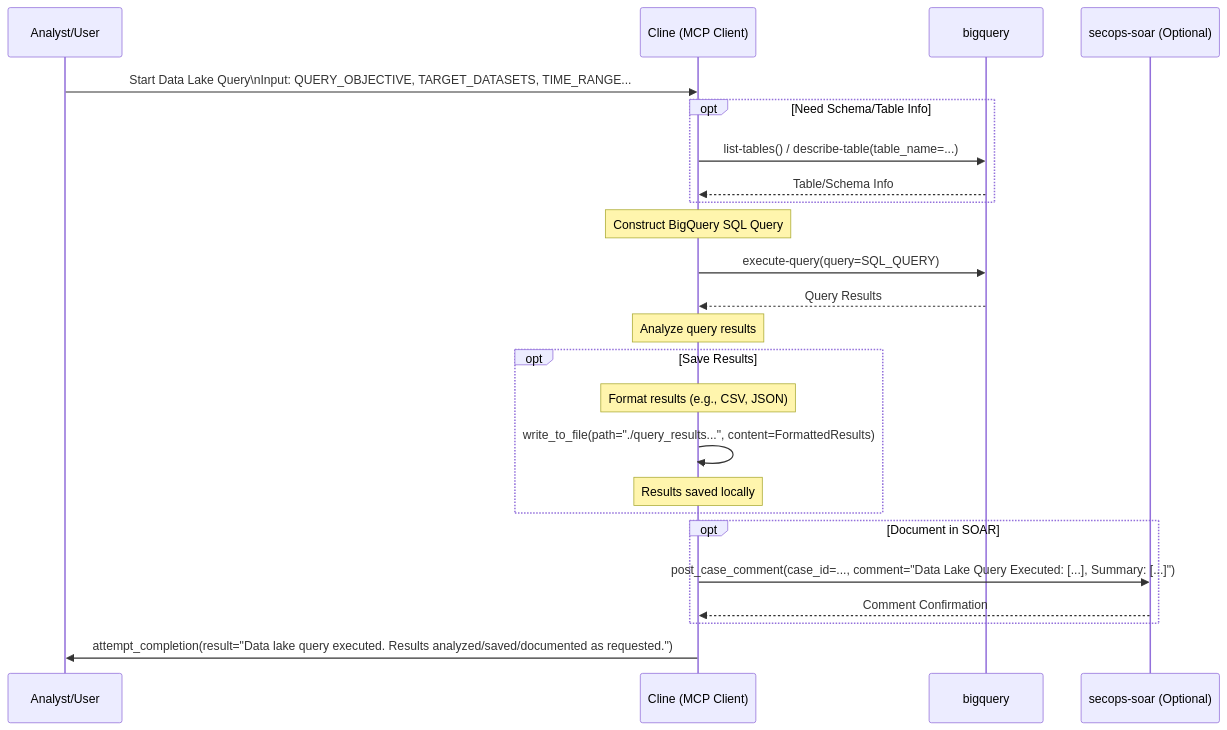
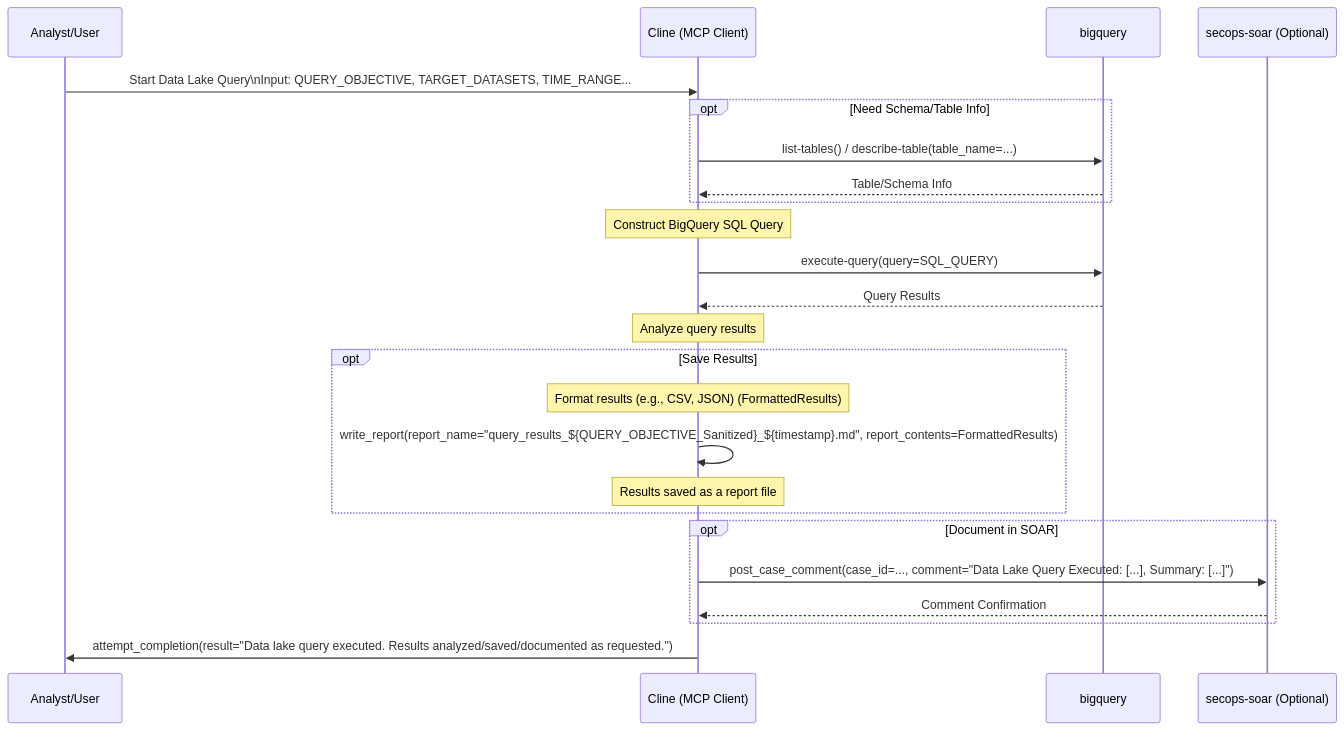
The diagram in rules-bank/run_books/data_lake_queries.md (dandye/adk_runbooks), drawn with Mermaid before and after one commit. The commit also changed other lines of this file and 18 other files, not shown here.

Commit message:
write_to_file -> write_report

````diff
--- a/rules-bank/run_books/data_lake_queries.md
+++ b/rules-bank/run_books/data_lake_queries.md
@@ -34,39 +34,39 @@
 ```{mermaid}
 sequenceDiagram
     participant Analyst/User
     participant Cline as Cline (MCP Client)
     participant BigQuery as bigquery
     participant SOAR as secops-soar (Optional)
 
     Analyst/User->>Cline: Start Data Lake Query\nInput: QUERY_OBJECTIVE, TARGET_DATASETS, TIME_RANGE...
 
     %% Step 1: Define Query
     opt Need Schema/Table Info
         Cline->>BigQuery: list-tables() / describe-table(table_name=...)
         BigQuery-->>Cline: Table/Schema Info
     end
     Note over Cline: Construct BigQuery SQL Query
 
     %% Step 2: Execute Query
     Cline->>BigQuery: execute-query(query=SQL_QUERY)
     BigQuery-->>Cline: Query Results
 
     %% Step 3: Analyze Results
     Note over Cline: Analyze query results
 
     %% Step 4: Format/Save Results (Optional)
     opt Save Results
-        Note over Cline: Format results (e.g., CSV, JSON)
-        Cline->>Cline: write_to_file(path="./query_results...", content=FormattedResults)
-        Note over Cline: Results saved locally
+        Note over Cline: Format results (e.g., CSV, JSON) (FormattedResults)
+        Cline->>Cline: write_report(report_name="query_results_${QUERY_OBJECTIVE_Sanitized}_${timestamp}.md", report_contents=FormattedResults)
+        Note over Cline: Results saved as a report file
     end
 
     %% Step 5: Document (Optional)
     opt Document in SOAR
         Cline->>SOAR: post_case_comment(case_id=..., comment="Data Lake Query Executed: [...], Summary: [...]")
         SOAR-->>Cline: Comment Confirmation
     end
 
     Cline->>Analyst/User: attempt_completion(result="Data lake query executed. Results analyzed/saved/documented as requested.")
 
 ```
````
